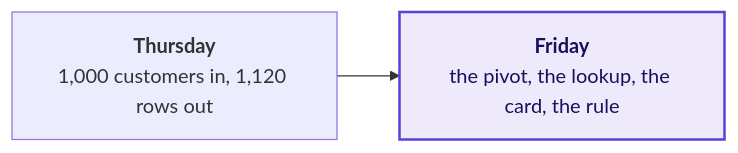
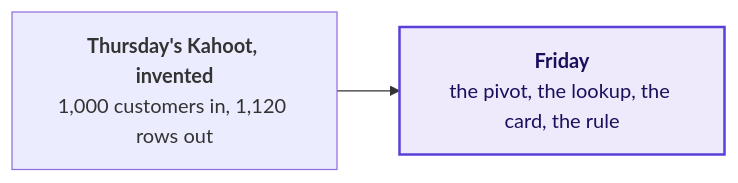
Diagram 11 of 11 in content/W02/D5/slides/C2_W02_D05_half2_STUDENT.md (fde-academy-lab/c2-content-factory), drawn with Mermaid before and after one commit. The commit also changed other lines of this file and 3 other files, not shown here.

First line of the commit message:
W02 D5 Kahoot and afternoon S30 label Thursday's 1,000 customers and 1,120 rows as Thursday's invented numbers, and the exercise index names the take-home's rehearsal copy

````diff
--- a/content/W02/D5/slides/C2_W02_D05_half2_STUDENT.md
+++ b/content/W02/D5/slides/C2_W02_D05_half2_STUDENT.md
@@ -700,6 +700,6 @@
 ```mermaid
 flowchart LR
-    T["<b>Thursday</b><br/>1,000 customers in, 1,120 rows out"] --> F["<b>Friday</b><br/>the pivot, the lookup, the card, the rule"]
+    T["<b>Thursday's Kahoot, invented</b><br/>1,000 customers in, 1,120 rows out"] --> F["<b>Friday</b><br/>the pivot, the lookup, the card, the rule"]
     classDef known fill:#EEEAFB,stroke:#5B3FD6,color:#1A0F5C,stroke-width:2px
     class F known
 ```
````
